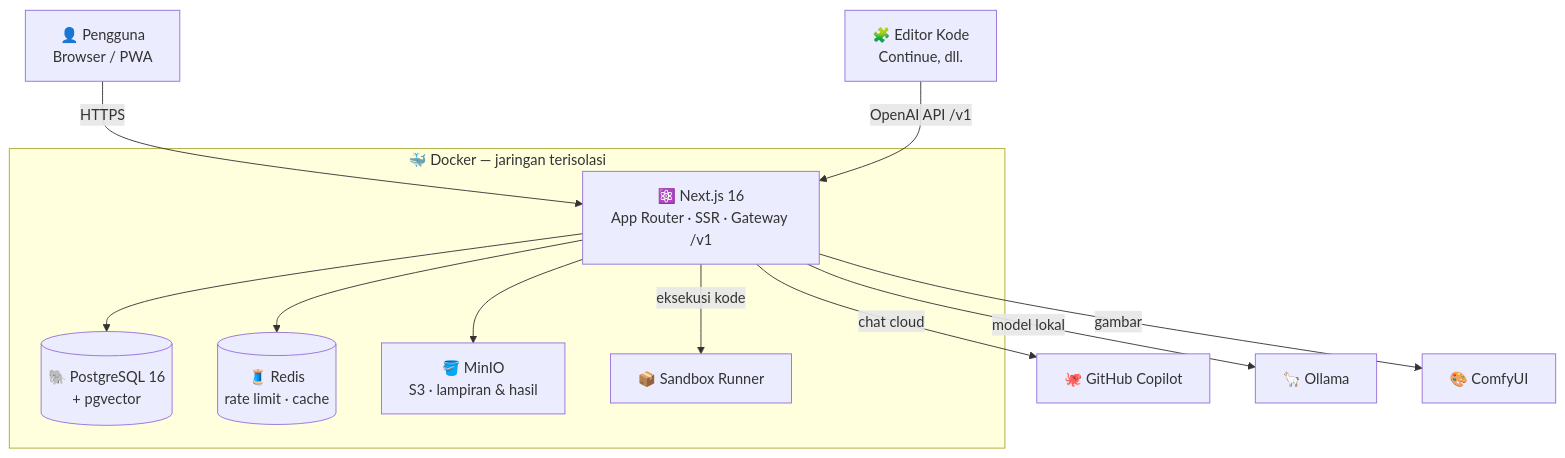
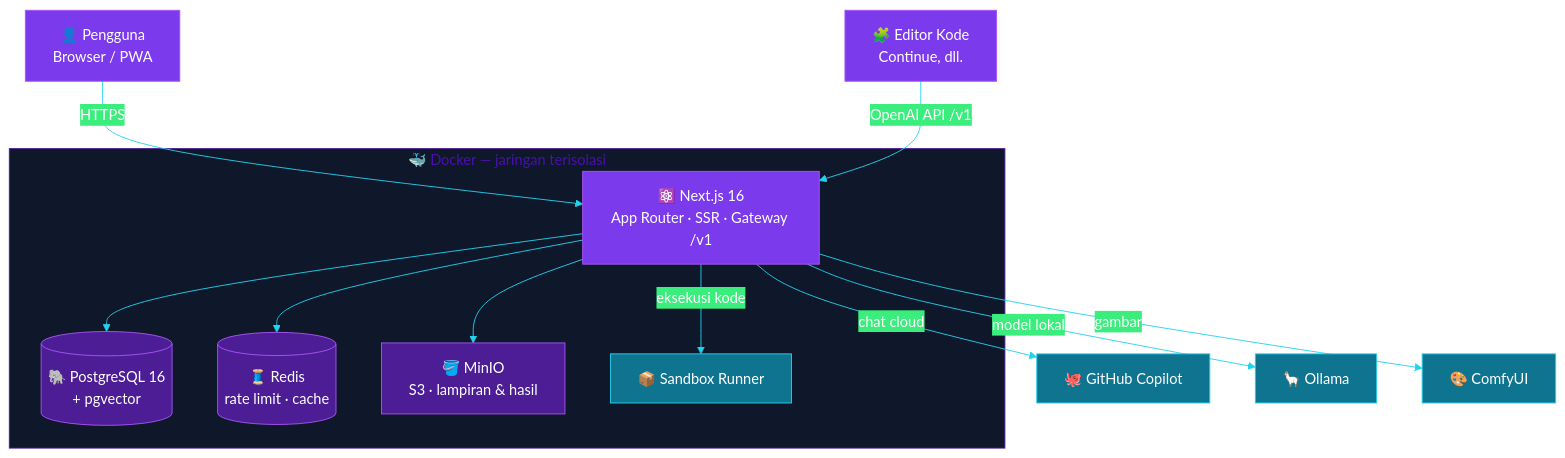
The diagram in README.md (muhammadrizalharis/zaltr-ai), drawn with Mermaid before and after one commit. The commit also changed other lines of this file, not shown here.

Commit message:
docs: README v3 lebih keren — hero animated-text, chips for-the-badge, skillicons, garis gradient, mermaid berwarna

````diff
--- a/README.md
+++ b/README.md
@@ -155,22 +157,28 @@
 ```mermaid
+%%{init: {'theme':'base','themeVariables':{'primaryColor':'#7C3AED','primaryTextColor':'#FFFFFF','primaryBorderColor':'#A855F7','lineColor':'#22D3EE','fontFamily':'Inter','clusterBkg':'#0F172A','clusterBorder':'#4C1D95'}}}%%
 flowchart TD
     U["👤 Pengguna<br/>Browser / PWA"] -->|HTTPS| WEB["⚛️ Next.js 16<br/>App Router · SSR · Gateway /v1"]
     IDE["🧩 Editor Kode<br/>Continue, dll."] -->|"OpenAI API /v1"| WEB
 
     WEB --> PG[("🐘 PostgreSQL 16<br/>+ pgvector")]
     WEB --> RDS[("🧵 Redis<br/>rate limit · cache")]
     WEB --> MIN["🪣 MinIO<br/>S3 · lampiran & hasil"]
 
     WEB -->|chat cloud| COP["🐙 GitHub Copilot"]
     WEB -->|model lokal| OLL["🦙 Ollama"]
     WEB -->|gambar| CMF["🎨 ComfyUI"]
     WEB -->|eksekusi kode| RUN["📦 Sandbox Runner"]
 
     subgraph DOCKER["🐳 Docker — jaringan terisolasi"]
         WEB
         PG
         RDS
         MIN
         RUN
     end
+
+    classDef store fill:#4C1D95,stroke:#A855F7,color:#fff;
+    classDef ai fill:#0E7490,stroke:#22D3EE,color:#fff;
+    class PG,RDS,MIN store;
+    class COP,OLL,CMF,RUN ai;
 ```
````
